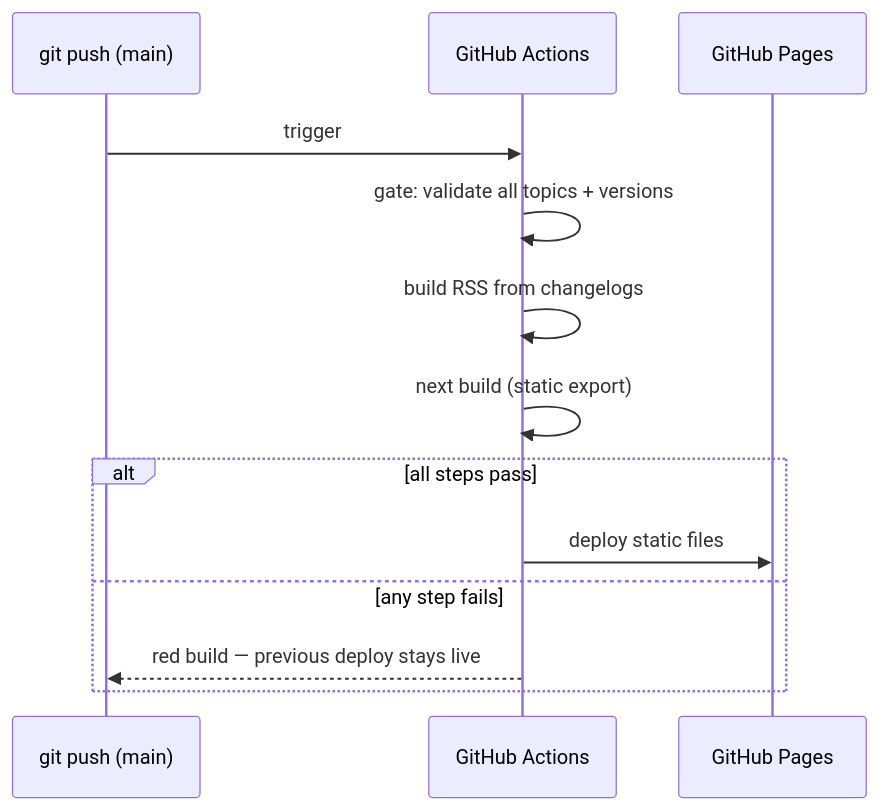
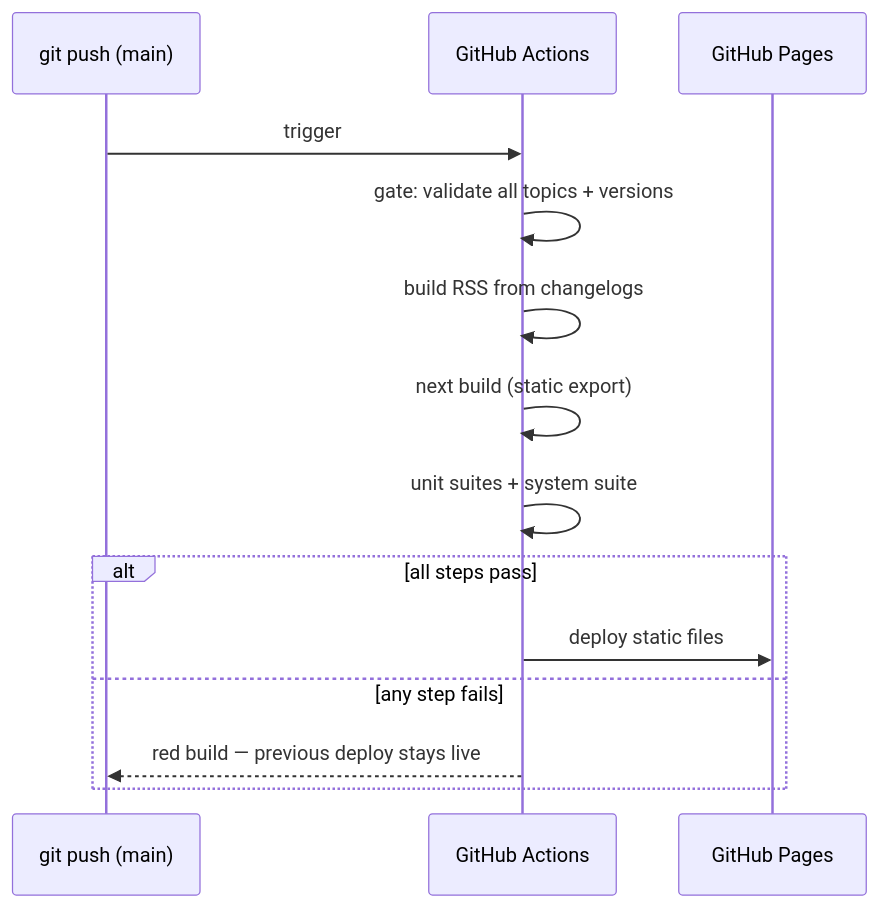
One commit to ryannel/staycurrent changed the diagram in docs/architecture/infrastructure.md. Above: the diagram before and after it, drawn with Mermaid. The commit also changed other lines of this file and 503 other files, not shown here.

````diff
--- a/docs/architecture/infrastructure.md
+++ b/docs/architecture/infrastructure.md
@@ -95,15 +73,16 @@
 ```mermaid
 sequenceDiagram
     participant T as git push (main)
     participant A as GitHub Actions
     participant P as GitHub Pages
     T->>A: trigger
     A->>A: gate: validate all topics + versions
     A->>A: build RSS from changelogs
     A->>A: next build (static export)
+    A->>A: unit suites + system suite
     alt all steps pass
         A->>P: deploy static files
     else any step fails
         A-->>T: red build — previous deploy stays live
     end
 ```
````
